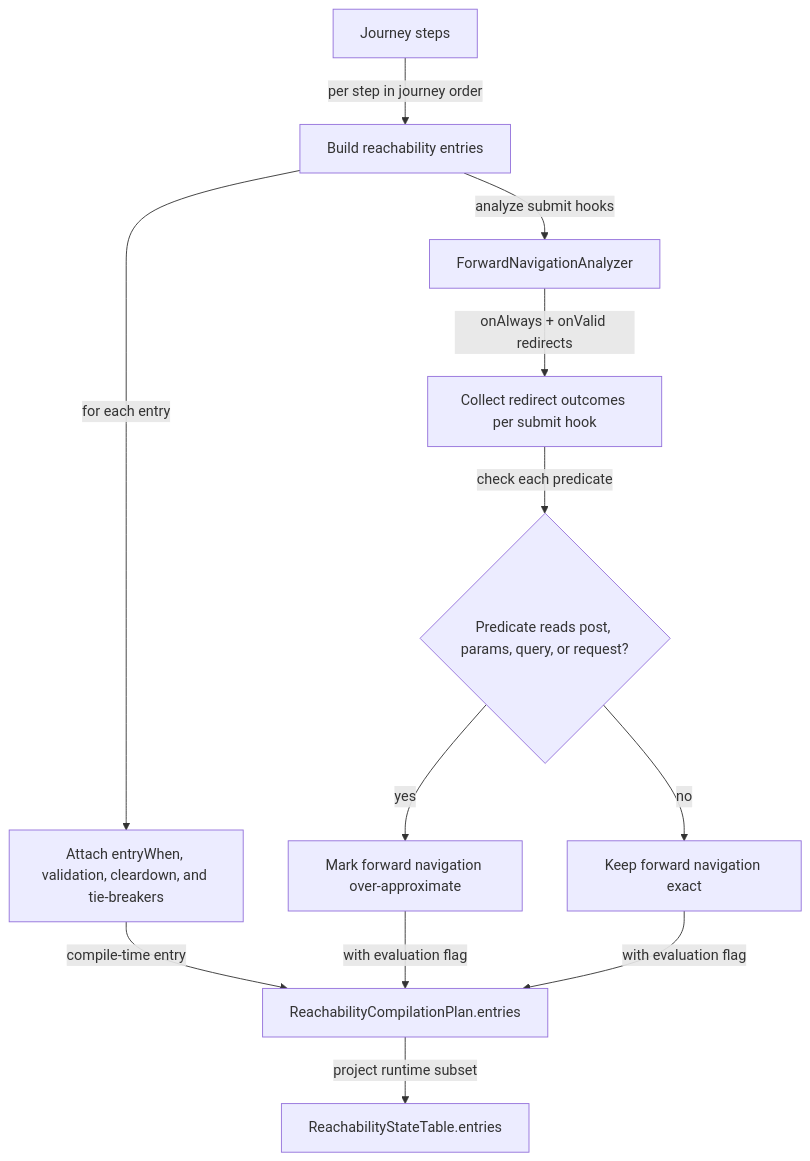
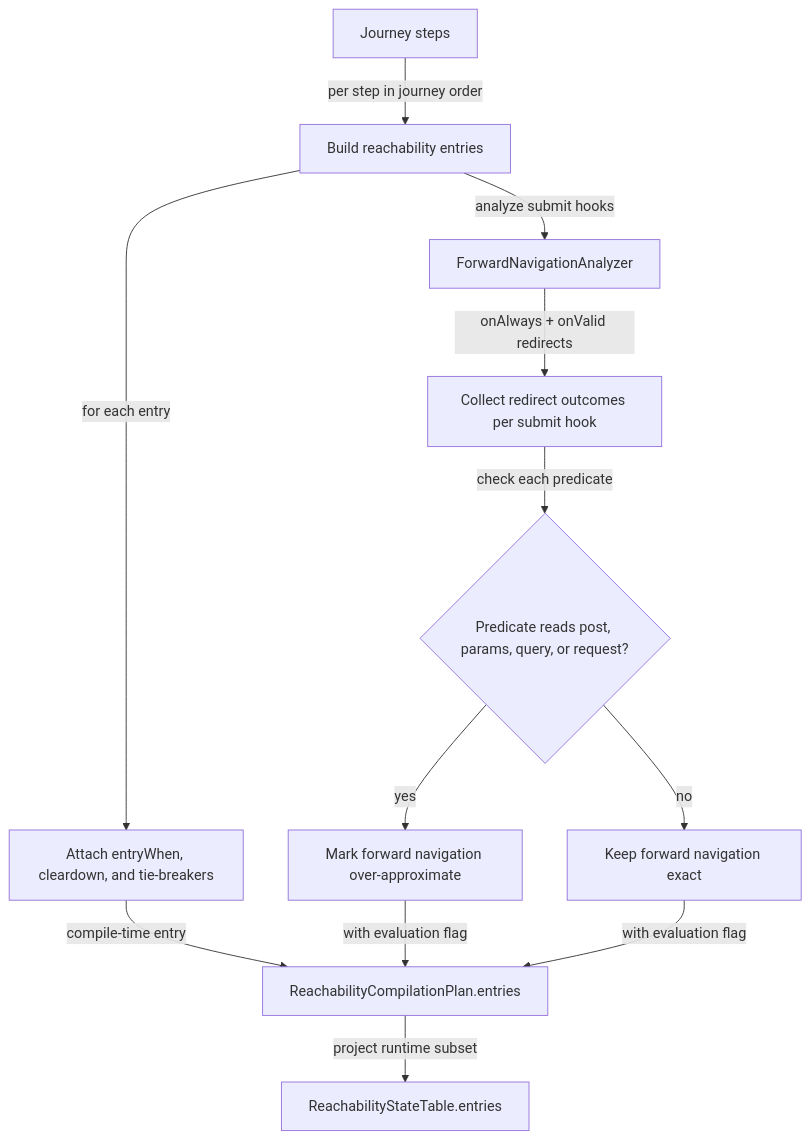
Before and after one commit to ministryofjustice/hmpps-forge: the diagram in packages/forge-core/src/engine/compilation/dependency-analysis/reachability/README.md, drawn with Mermaid. The commit also changed other lines of this file and 23 other files, not shown here.

````diff
--- a/packages/forge-core/src/engine/compilation/dependency-analysis/reachability/README.md
+++ b/packages/forge-core/src/engine/compilation/dependency-analysis/reachability/README.md
@@ -31,14 +31,14 @@
 ```mermaid
 flowchart TD
   journeySteps["Journey steps"] -->|per step in journey order| entries["Build reachability entries"]
-  entries -->|for each entry| stepMetadata["Attach entryWhen, validation, cleardown, and tie-breakers"]
+  entries -->|for each entry| stepMetadata["Attach entryWhen, cleardown, and tie-breakers"]
   entries -->|analyze submit hooks| forwardAnalyzer["ForwardNavigationAnalyzer"]
   forwardAnalyzer -->|onAlways + onValid redirects| redirectGroups["Collect redirect outcomes per submit hook"]
   redirectGroups -->|check each predicate| requestTimeCheck{"Predicate reads post, params, query, or request?"}
   requestTimeCheck -->|yes| overApproximate["Mark forward navigation over-approximate"]
   requestTimeCheck -->|no| exact["Keep forward navigation exact"]
   stepMetadata -->|compile-time entry| reachabilityPlan["ReachabilityCompilationPlan.entries"]
   overApproximate -->|with evaluation flag| reachabilityPlan
   exact -->|with evaluation flag| reachabilityPlan
   reachabilityPlan -->|project runtime subset| stateTable["ReachabilityStateTable.entries"]
 ```
````
